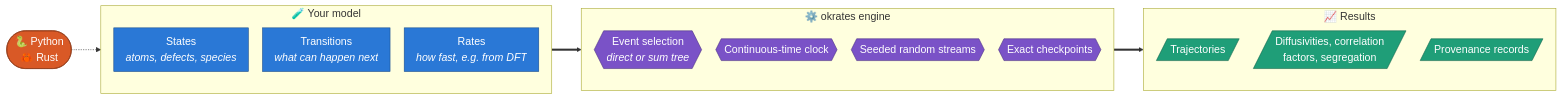
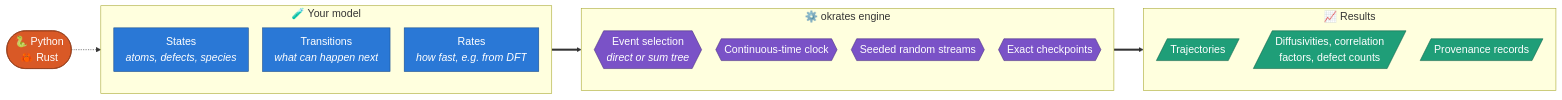
Before and after one commit to vzordillo/okrates: the first of 2 diagrams in README.md, drawn with Mermaid.

Commit message:
README: do not list segregation profiles as an output yet

````diff
--- a/README.md
+++ b/README.md
@@ -39,33 +39,33 @@
 ```mermaid
 %%{init: {"themeVariables": {"fontSize": "18px"}, "flowchart": {"nodeSpacing": 24, "rankSpacing": 50, "padding": 10}}}%%
 flowchart LR
     lang(["🐍 Python<br>🦀 Rust"])
     subgraph model["🧪 Your model"]
         direction TB
         states["States<br><i>atoms, defects, species</i>"]
         moves["Transitions<br><i>what can happen next</i>"]
         rates["Rates<br><i>how fast, e.g. from DFT</i>"]
     end
     subgraph engine["⚙️ okrates engine"]
         direction TB
         pick{{"Event selection<br><i>direct or sum tree</i>"}}
         clock{{"Continuous-time clock"}}
         rng{{"Seeded random streams"}}
         ckpt{{"Exact checkpoints"}}
     end
     subgraph out["📈 Results"]
         direction TB
         traj[/"Trajectories"/]
-        transport[/"Diffusivities, correlation<br>factors, segregation"/]
+        transport[/"Diffusivities, correlation<br>factors, defect counts"/]
         prov[/"Provenance records"/]
     end
     lang -.-> model ==> engine ==> out
     classDef lang fill:#d95926,stroke:#8f3a18,color:#ffffff
     classDef model fill:#2a78d6,stroke:#1b4f8f,color:#ffffff
     classDef engine fill:#7a52c7,stroke:#4d3285,color:#ffffff
     classDef result fill:#1f9e78,stroke:#13664d,color:#ffffff
     class lang lang
     class states,moves,rates model
     class pick,clock,rng,ckpt engine
     class traj,transport,prov result
 ```
````
